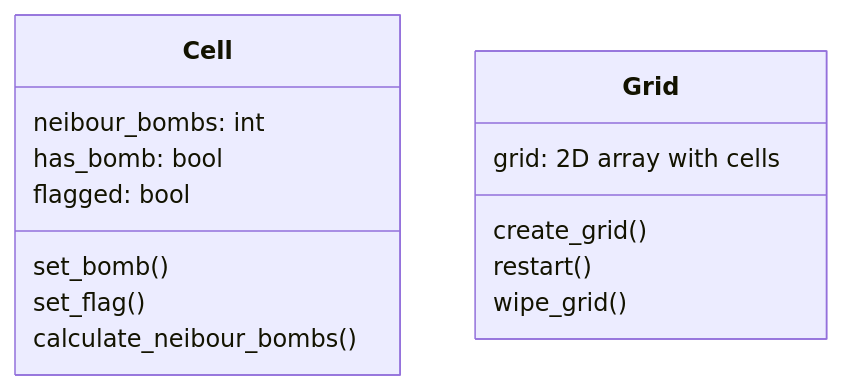
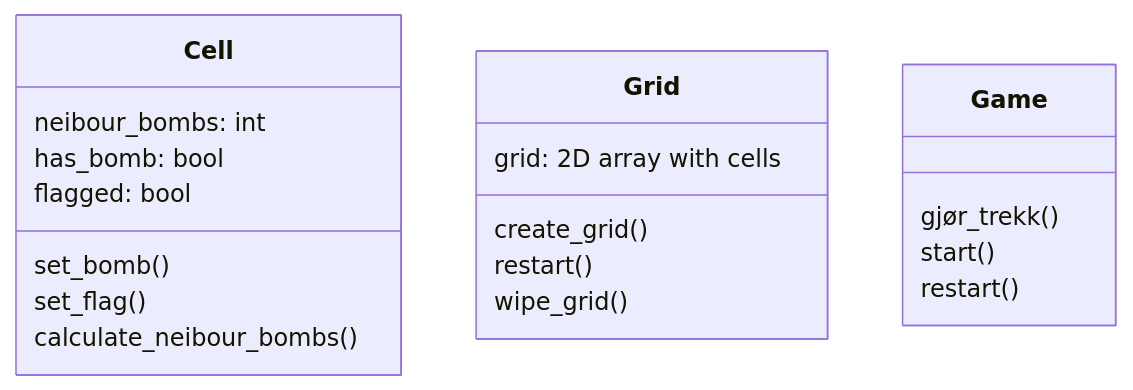
The second of 2 diagrams in README.md (WhatCanICallMySelf/spill-it2), drawn with Mermaid before and after one commit.

Commit message:
la til beggynelsen på game klassediagrammet

````diff
--- a/README.md
+++ b/README.md
@@ -36,18 +36,24 @@
 ```mermaid
 classDiagram
     class Cell {
         neibour_bombs: int
         has_bomb: bool
         flagged: bool
         set_bomb()
         set_flag()
         calculate_neibour_bombs()
     }
 
     class Grid {
         grid: 2D array with cells
         create_grid()
         restart()
         wipe_grid()
     }
+    
+    class Game {
+        gjør_trekk()
+        start()
+        restart()
+    }
 ```
````
